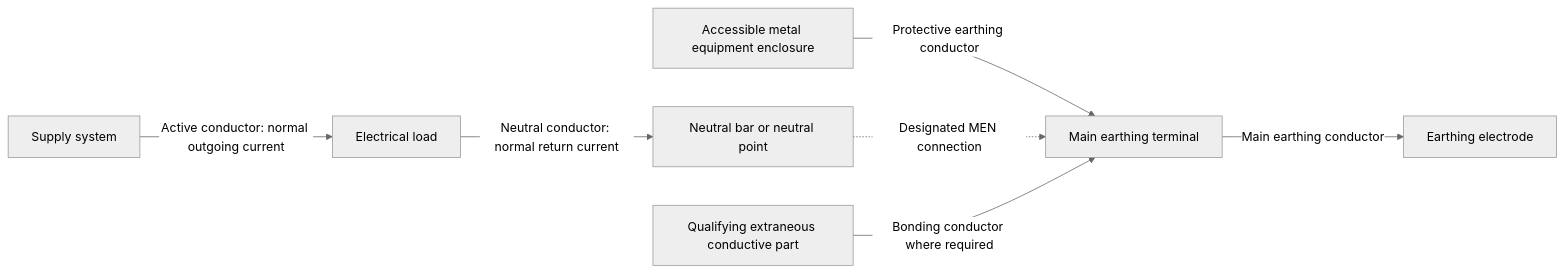
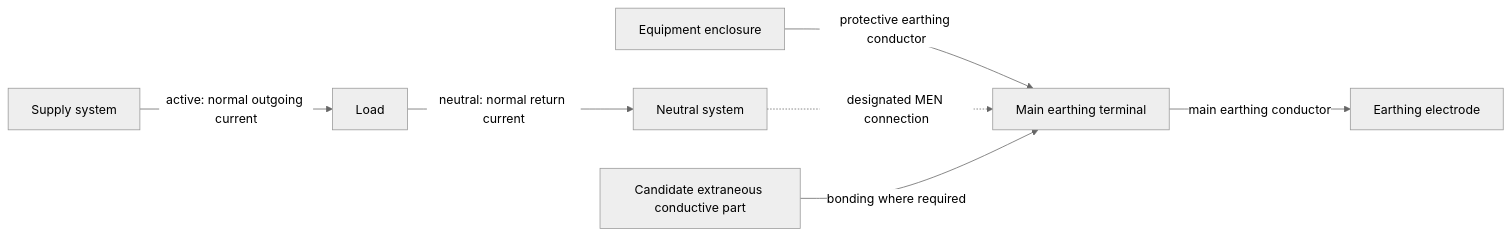
The second of 2 diagrams in docs/learning-plans/4-week/modules/day-06a-earthing-terminology-and-component-roles.md (andrew3stedall/capstone), drawn with Mermaid (neutral theme) before and after one commit. The commit also changed other lines of this file, not shown here.

Commit message:
Improve Day 6A earthing component-role learning

````diff
--- a/docs/learning-plans/4-week/modules/day-06a-earthing-terminology-and-component-roles.md
+++ b/docs/learning-plans/4-week/modules/day-06a-earthing-terminology-and-component-roles.md
@@ -285,9 +207,9 @@
 ```mermaid
 flowchart LR
-    S["Supply system"] -->|"Active conductor: normal outgoing current"| L["Electrical load"]
-    L -->|"Neutral conductor: normal return current"| NB["Neutral bar or neutral point"]
-    C["Accessible metal equipment enclosure"] -->|"Protective earthing conductor"| MET["Main earthing terminal"]
-    MET -->|"Main earthing conductor"| EE["Earthing electrode"]
-    NB -.->|"Designated MEN connection"| MET
-    X["Qualifying extraneous conductive part"] -->|"Bonding conductor where required"| MET
+    S[Supply system] -->|active: normal outgoing current| L[Load]
+    L -->|neutral: normal return current| N[Neutral system]
+    E[Equipment enclosure] -->|protective earthing conductor| T[Main earthing terminal]
+    T -->|main earthing conductor| R[Earthing electrode]
+    N -. designated MEN connection .-> T
+    X[Candidate extraneous conductive part] -->|bonding where required| T
 ```
````
